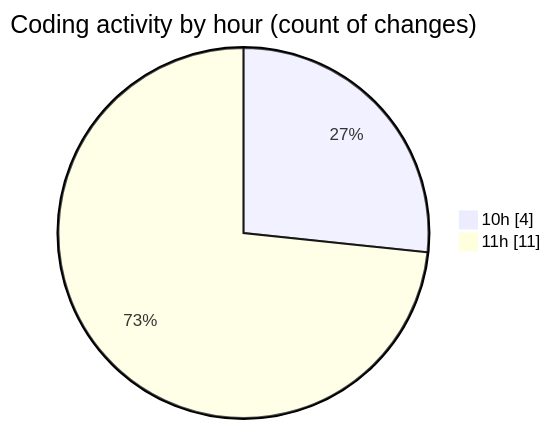
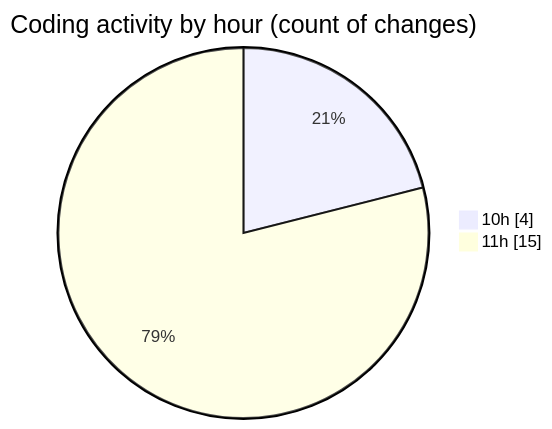
The second of 2 diagrams in 2025-07-28/nxtqube_webapp/README.md (nxtqubesakshisongat/code-tracking), drawn with Mermaid before and after one commit. The commit also changed other lines of this file and 1 other file, not shown here.

````diff
--- a/2025-07-28/nxtqube_webapp/README.md
+++ b/2025-07-28/nxtqube_webapp/README.md
@@ -32,6 +36,6 @@
 ```mermaid
 pie showData
 title Coding activity by hour (count of changes)
 "10h" : 4
-"11h" : 11
+"11h" : 15
 ```
````
